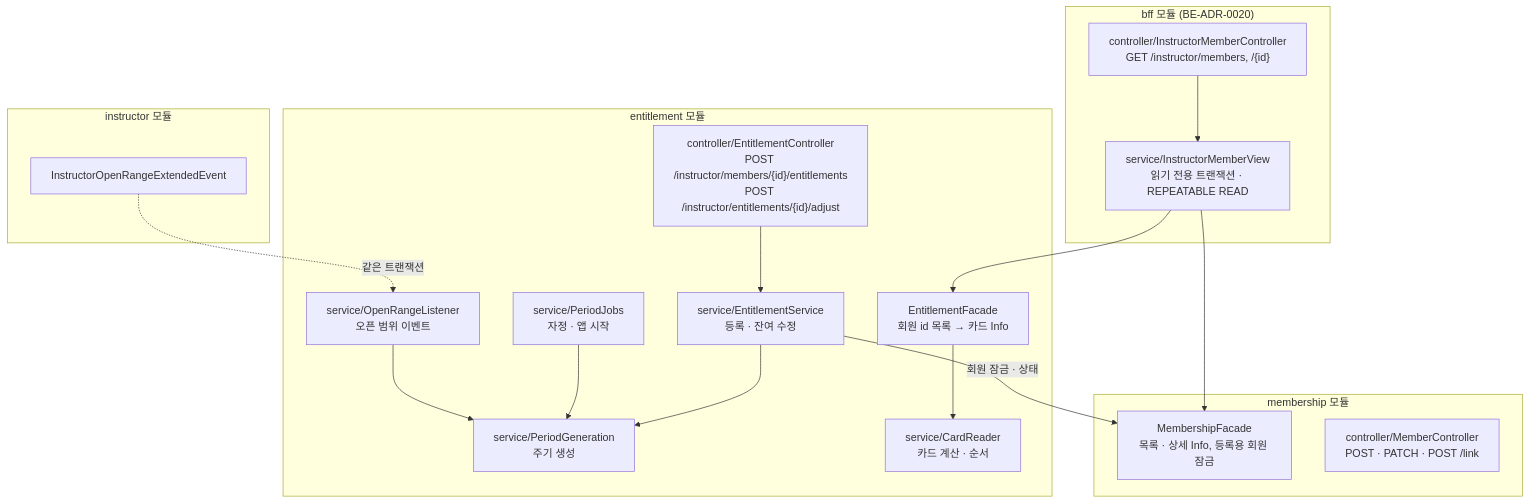
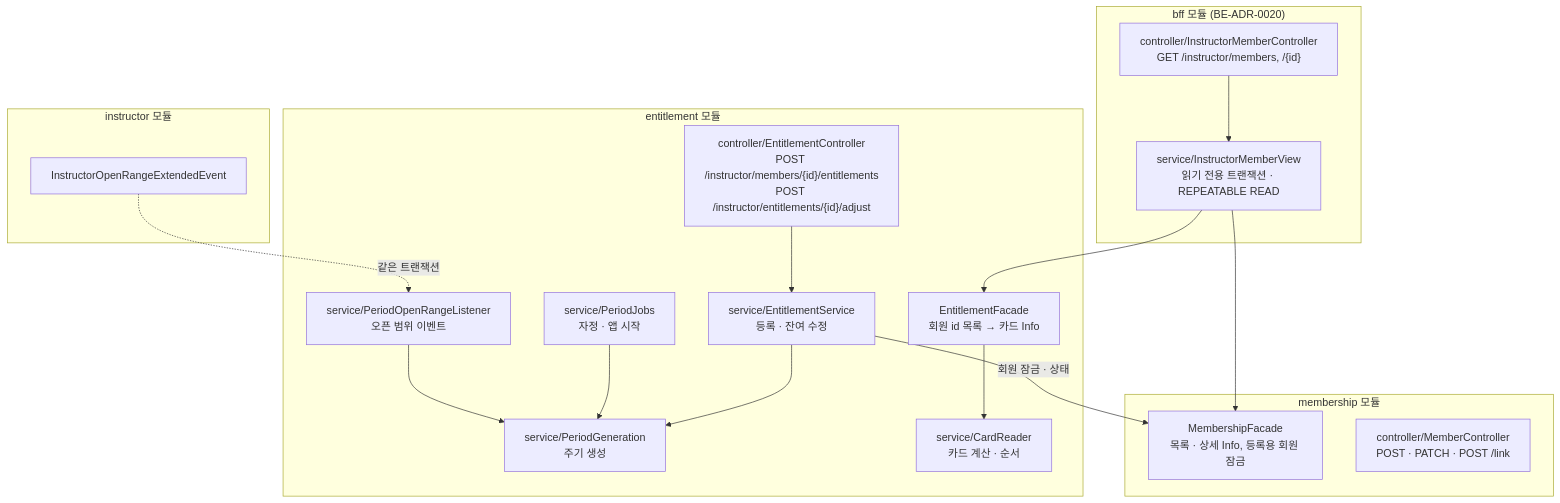
Before and after one commit to Fit-link-v2/FitLink-BE: the seventh of 8 diagrams in docs/spec/instructor/0001-instructor-setup/plan.md, drawn with Mermaid. The commit also changed other lines of this file, not shown here.

````diff
--- a/docs/spec/instructor/0001-instructor-setup/plan.md
+++ b/docs/spec/instructor/0001-instructor-setup/plan.md
@@ -450,33 +450,33 @@
 ```mermaid
 flowchart TB
     subgraph bff["bff 모듈 (BE-ADR-0020)"]
         BC["controller/InstructorMemberController<br/>GET /instructor/members, /{id}"]
         BS["service/InstructorMemberView<br/>읽기 전용 트랜잭션 · REPEATABLE READ"]
     end
     subgraph membership["membership 모듈"]
         MF["MembershipFacade<br/>목록 · 상세 Info, 등록용 회원 잠금"]
         MC["controller/MemberController<br/>POST · PATCH · POST /link"]
     end
     subgraph entitlement["entitlement 모듈"]
         EF["EntitlementFacade<br/>회원 id 목록 → 카드 Info"]
         EC["controller/EntitlementController<br/>POST /instructor/members/{id}/entitlements<br/>POST /instructor/entitlements/{id}/adjust"]
         ES["service/EntitlementService<br/>등록 · 잔여 수정"]
         PG["service/PeriodGeneration<br/>주기 생성"]
         PJ["service/PeriodJobs<br/>자정 · 앱 시작"]
-        OL["service/OpenRangeListener<br/>오픈 범위 이벤트"]
+        OL["service/PeriodOpenRangeListener<br/>오픈 범위 이벤트"]
         CR["service/CardReader<br/>카드 계산 · 순서"]
     end
     subgraph instructor["instructor 모듈"]
         EV["InstructorOpenRangeExtendedEvent"]
     end
     BC --> BS
     BS --> MF
     BS --> EF
     EF --> CR
     EC --> ES
     ES -->|"회원 잠금 · 상태"| MF
     ES --> PG
     PJ --> PG
     EV -. "같은 트랜잭션" .-> OL
     OL --> PG
 ```
````
